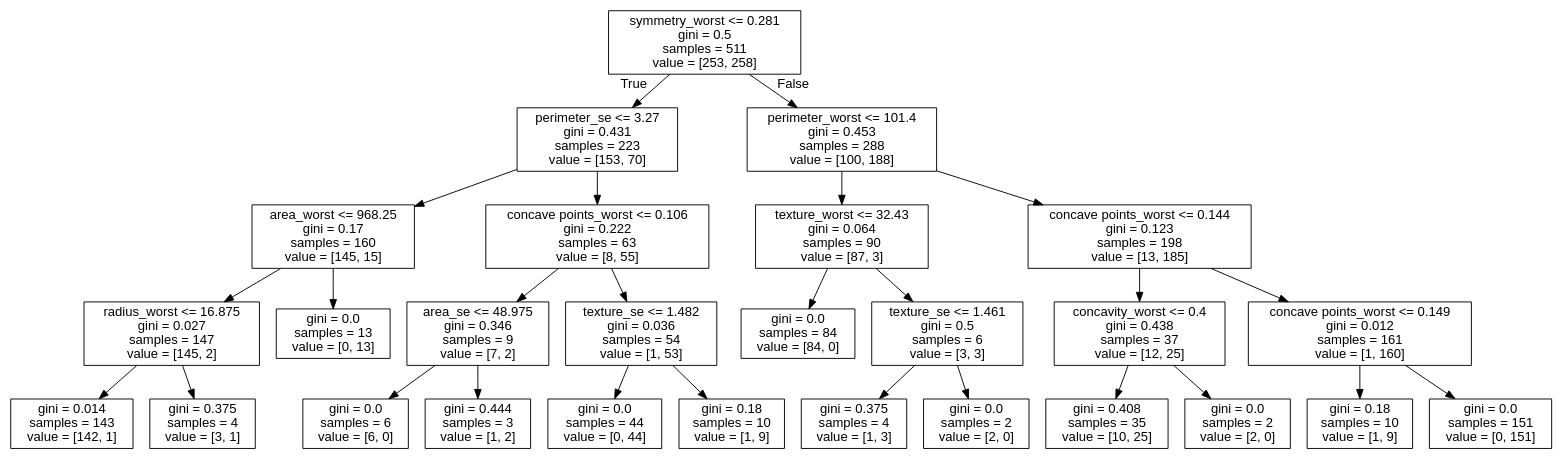
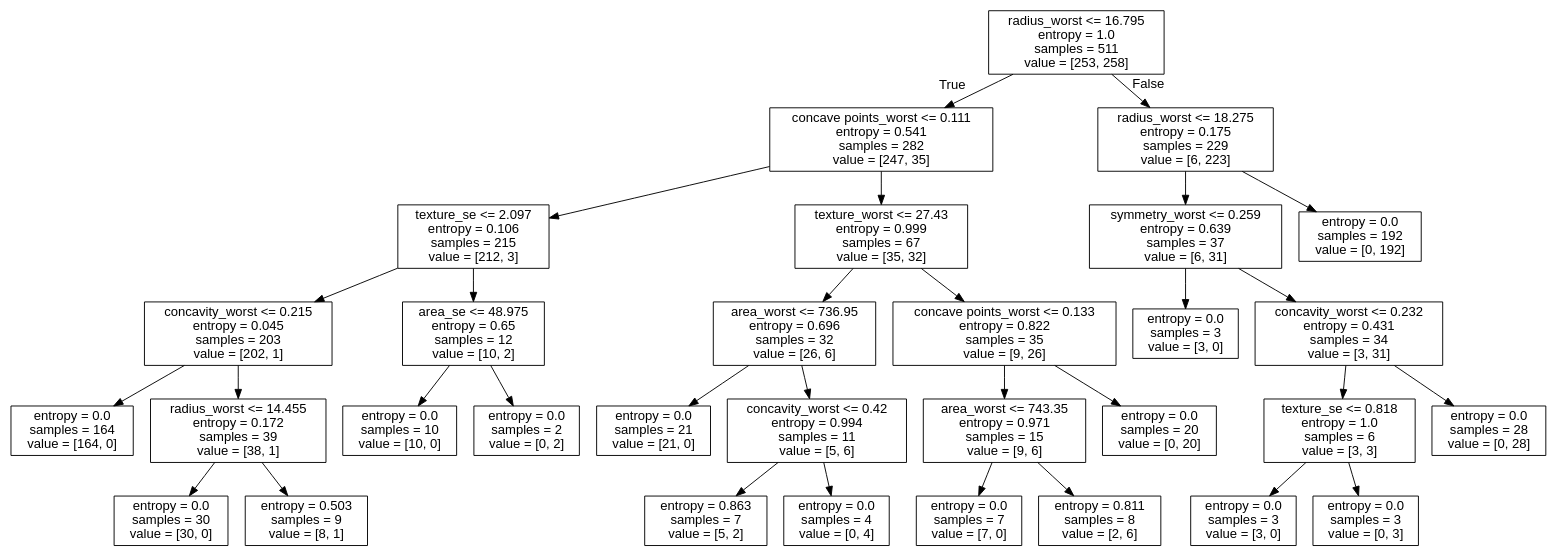
Before and after one commit to m21ark/ia_t2: the diagram in tree.dot, drawn with Graphviz. The commit also changed 2 other files, not shown here.

```diff
--- a/tree.dot
+++ b/tree.dot
@@ -1,57 +1,65 @@
 digraph Tree {
 node [shape=box, fontname="helvetica"] ;
 edge [fontname="helvetica"] ;
-0 [label="symmetry_worst <= 0.281\ngini = 0.5\nsamples = 511\nvalue = [253, 258]"] ;
-1 [label="perimeter_se <= 3.27\ngini = 0.431\nsamples = 223\nvalue = [153, 70]"] ;
+0 [label="radius_worst <= 16.795\nentropy = 1.0\nsamples = 511\nvalue = [253, 258]"] ;
+1 [label="concave points_worst <= 0.111\nentropy = 0.541\nsamples = 282\nvalue = [247, 35]"] ;
 0 -> 1 [labeldistance=2.5, labelangle=45, headlabel="True"] ;
-2 [label="area_worst <= 968.25\ngini = 0.17\nsamples = 160\nvalue = [145, 15]"] ;
+2 [label="texture_se <= 2.097\nentropy = 0.106\nsamples = 215\nvalue = [212, 3]"] ;
 1 -> 2 ;
-3 [label="radius_worst <= 16.875\ngini = 0.027\nsamples = 147\nvalue = [145, 2]"] ;
+3 [label="concavity_worst <= 0.215\nentropy = 0.045\nsamples = 203\nvalue = [202, 1]"] ;
 2 -> 3 ;
-4 [label="gini = 0.014\nsamples = 143\nvalue = [142, 1]"] ;
+4 [label="entropy = 0.0\nsamples = 164\nvalue = [164, 0]"] ;
 3 -> 4 ;
-5 [label="gini = 0.375\nsamples = 4\nvalue = [3, 1]"] ;
+5 [label="radius_worst <= 14.455\nentropy = 0.172\nsamples = 39\nvalue = [38, 1]"] ;
 3 -> 5 ;
-6 [label="gini = 0.0\nsamples = 13\nvalue = [0, 13]"] ;
-2 -> 6 ;
-7 [label="concave points_worst <= 0.106\ngini = 0.222\nsamples = 63\nvalue = [8, 55]"] ;
-1 -> 7 ;
-8 [label="area_se <= 48.975\ngini = 0.346\nsamples = 9\nvalue = [7, 2]"] ;
-7 -> 8 ;
-9 [label="gini = 0.0\nsamples = 6\nvalue = [6, 0]"] ;
+6 [label="entropy = 0.0\nsamples = 30\nvalue = [30, 0]"] ;
+5 -> 6 ;
+7 [label="entropy = 0.503\nsamples = 9\nvalue = [8, 1]"] ;
+5 -> 7 ;
+8 [label="area_se <= 48.975\nentropy = 0.65\nsamples = 12\nvalue = [10, 2]"] ;
+2 -> 8 ;
+9 [label="entropy = 0.0\nsamples = 10\nvalue = [10, 0]"] ;
 8 -> 9 ;
-10 [label="gini = 0.444\nsamples = 3\nvalue = [1, 2]"] ;
+10 [label="entropy = 0.0\nsamples = 2\nvalue = [0, 2]"] ;
 8 -> 10 ;
-11 [label="texture_se <= 1.482\ngini = 0.036\nsamples = 54\nvalue = [1, 53]"] ;
-7 -> 11 ;
-12 [label="gini = 0.0\nsamples = 44\nvalue = [0, 44]"] ;
+11 [label="texture_worst <= 27.43\nentropy = 0.999\nsamples = 67\nvalue = [35, 32]"] ;
+1 -> 11 ;
+12 [label="area_worst <= 736.95\nentropy = 0.696\nsamples = 32\nvalue = [26, 6]"] ;
 11 -> 12 ;
-13 [label="gini = 0.18\nsamples = 10\nvalue = [1, 9]"] ;
-11 -> 13 ;
-14 [label="perimeter_worst <= 101.4\ngini = 0.453\nsamples = 288\nvalue = [100, 188]"] ;
-0 -> 14 [labeldistance=2.5, labelangle=-45, headlabel="False"] ;
-15 [label="texture_worst <= 32.43\ngini = 0.064\nsamples = 90\nvalue = [87, 3]"] ;
+13 [label="entropy = 0.0\nsamples = 21\nvalue = [21, 0]"] ;
+12 -> 13 ;
+14 [label="concavity_worst <= 0.42\nentropy = 0.994\nsamples = 11\nvalue = [5, 6]"] ;
+12 -> 14 ;
+15 [label="entropy = 0.863\nsamples = 7\nvalue = [5, 2]"] ;
 14 -> 15 ;
-16 [label="gini = 0.0\nsamples = 84\nvalue = [84, 0]"] ;
-15 -> 16 ;
-17 [label="texture_se <= 1.461\ngini = 0.5\nsamples = 6\nvalue = [3, 3]"] ;
-15 -> 17 ;
-18 [label="gini = 0.375\nsamples = 4\nvalue = [1, 3]"] ;
+16 [label="entropy = 0.0\nsamples = 4\nvalue = [0, 4]"] ;
+14 -> 16 ;
+17 [label="concave points_worst <= 0.133\nentropy = 0.822\nsamples = 35\nvalue = [9, 26]"] ;
+11 -> 17 ;
+18 [label="area_worst <= 743.35\nentropy = 0.971\nsamples = 15\nvalue = [9, 6]"] ;
 17 -> 18 ;
-19 [label="gini = 0.0\nsamples = 2\nvalue = [2, 0]"] ;
-17 -> 19 ;
-20 [label="concave points_worst <= 0.144\ngini = 0.123\nsamples = 198\nvalue = [13, 185]"] ;
-14 -> 20 ;
-21 [label="concavity_worst <= 0.4\ngini = 0.438\nsamples = 37\nvalue = [12, 25]"] ;
-20 -> 21 ;
-22 [label="gini = 0.408\nsamples = 35\nvalue = [10, 25]"] ;
-21 -> 22 ;
-23 [label="gini = 0.0\nsamples = 2\nvalue = [2, 0]"] ;
-21 -> 23 ;
-24 [label="concave points_worst <= 0.149\ngini = 0.012\nsamples = 161\nvalue = [1, 160]"] ;
-20 -> 24 ;
-25 [label="gini = 0.18\nsamples = 10\nvalue = [1, 9]"] ;
-24 -> 25 ;
-26 [label="gini = 0.0\nsamples = 151\nvalue = [0, 151]"] ;
-24 -> 26 ;
+19 [label="entropy = 0.0\nsamples = 7\nvalue = [7, 0]"] ;
+18 -> 19 ;
+20 [label="entropy = 0.811\nsamples = 8\nvalue = [2, 6]"] ;
+18 -> 20 ;
+21 [label="entropy = 0.0\nsamples = 20\nvalue = [0, 20]"] ;
+17 -> 21 ;
+22 [label="radius_worst <= 18.275\nentropy = 0.175\nsamples = 229\nvalue = [6, 223]"] ;
+0 -> 22 [labeldistance=2.5, labelangle=-45, headlabel="False"] ;
+23 [label="symmetry_worst <= 0.259\nentropy = 0.639\nsamples = 37\nvalue = [6, 31]"] ;
+22 -> 23 ;
+24 [label="entropy = 0.0\nsamples = 3\nvalue = [3, 0]"] ;
+23 -> 24 ;
+25 [label="concavity_worst <= 0.232\nentropy = 0.431\nsamples = 34\nvalue = [3, 31]"] ;
+23 -> 25 ;
+26 [label="texture_se <= 0.818\nentropy = 1.0\nsamples = 6\nvalue = [3, 3]"] ;
+25 -> 26 ;
+27 [label="entropy = 0.0\nsamples = 3\nvalue = [3, 0]"] ;
+26 -> 27 ;
+28 [label="entropy = 0.0\nsamples = 3\nvalue = [0, 3]"] ;
+26 -> 28 ;
+29 [label="entropy = 0.0\nsamples = 28\nvalue = [0, 28]"] ;
+25 -> 29 ;
+30 [label="entropy = 0.0\nsamples = 192\nvalue = [0, 192]"] ;
+22 -> 30 ;
 }
```
